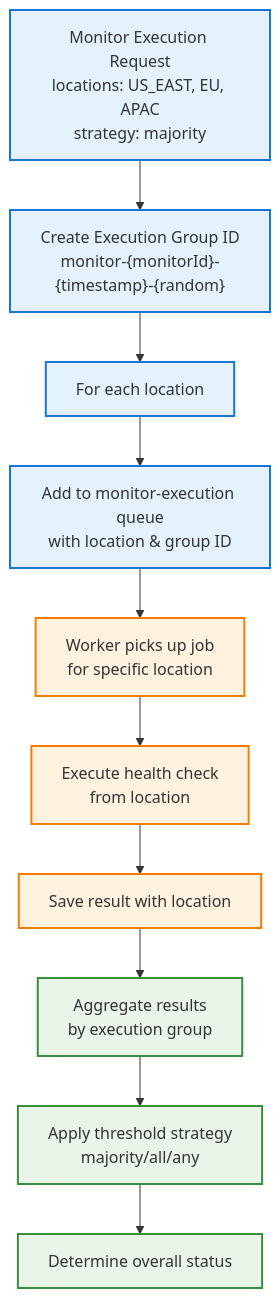
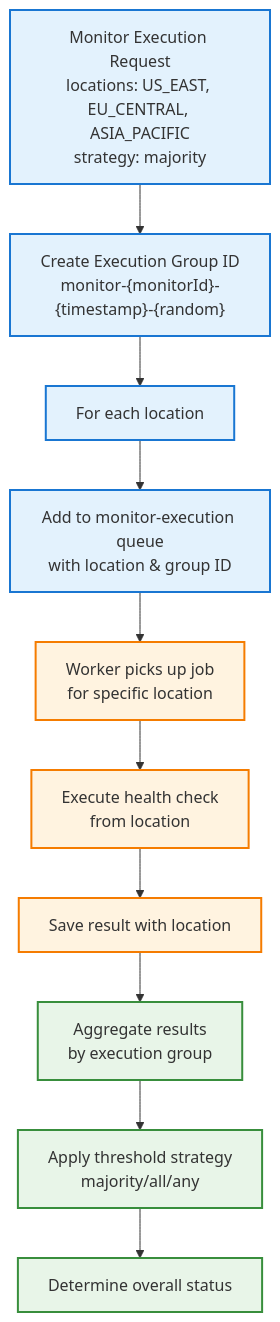
Before and after one commit to supercheck-io/supercheck: diagram 15 of 25 in specs/03-execution/EXECUTION_SYSTEM.md, drawn with Mermaid. The commit also changed other lines of this file and 40 other files, not shown here.

````diff
--- a/specs/03-execution/EXECUTION_SYSTEM.md
+++ b/specs/03-execution/EXECUTION_SYSTEM.md
@@ -897,31 +1009,31 @@
 ```mermaid
 graph TB
-    A["Monitor Execution Request<br/>locations: US_EAST, EU, APAC<br/>strategy: majority"]
+    A["Monitor Execution Request<br/>locations: US_EAST, EU_CENTRAL, ASIA_PACIFIC<br/>strategy: majority"]
     C["Create Execution Group ID<br/>monitor-{monitorId}-{timestamp}-{random}"]
     D["For each location"]
     E["Add to monitor-execution queue<br/>with location & group ID"]
     F["Worker picks up job<br/>for specific location"]
     G["Execute health check<br/>from location"]
     H["Save result with location"]
     I["Aggregate results<br/>by execution group"]
     J["Apply threshold strategy<br/>majority/all/any"]
     K["Determine overall status"]
 
     A --> C
     C --> D
     D --> E
     E --> F
     F --> G
     G --> H
     H --> I
     I --> J
     J --> K
 
     classDef config fill:#e3f2fd,stroke:#1976d2,stroke-width:2px
     classDef execution fill:#fff3e0,stroke:#f57c00,stroke-width:2px
     classDef aggregation fill:#e8f5e8,stroke:#388e3c,stroke-width:2px
 
     class A,B,C,D,E config
     class F,G,H execution
     class I,J,K aggregation
 ```
````
